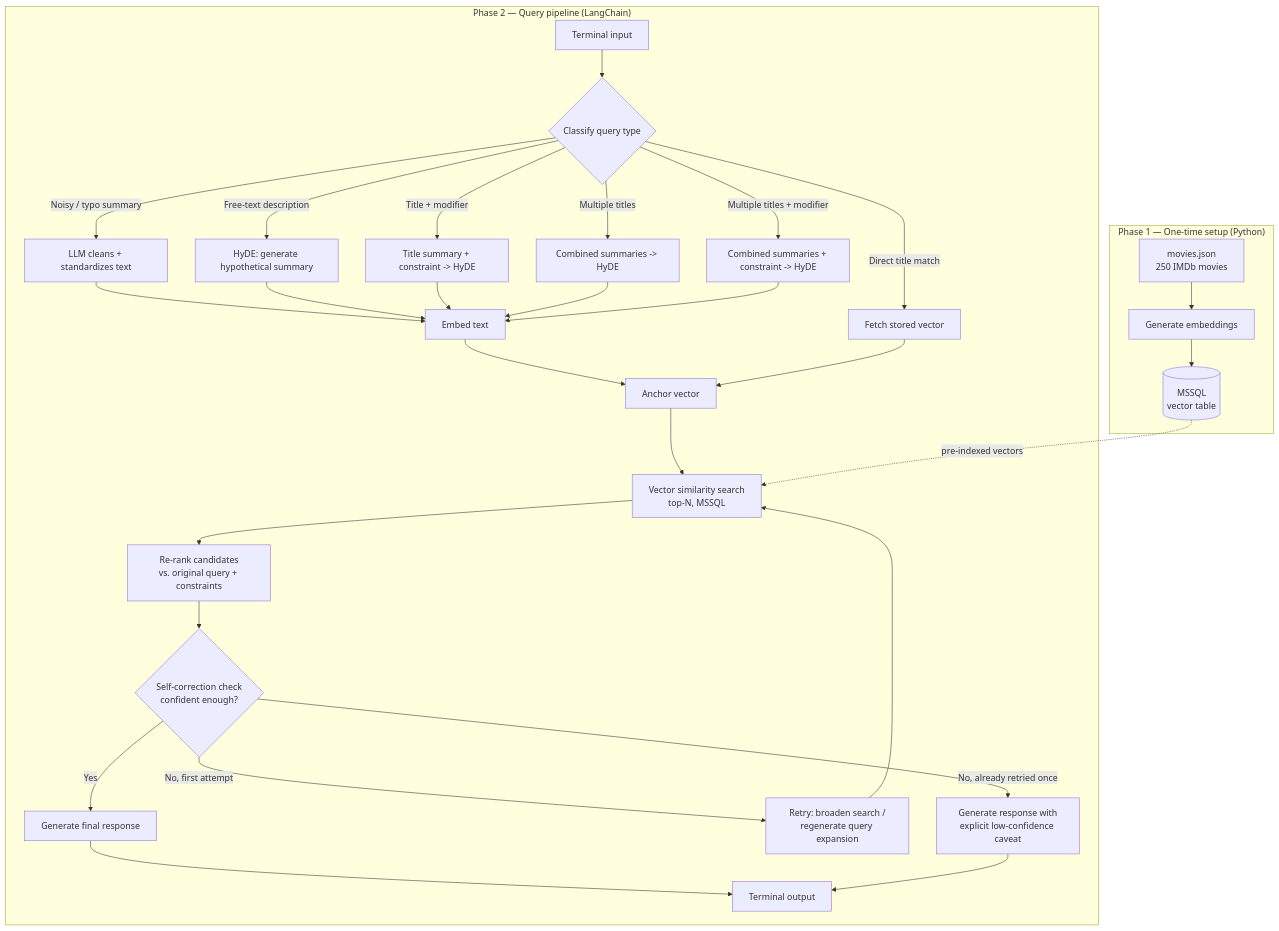
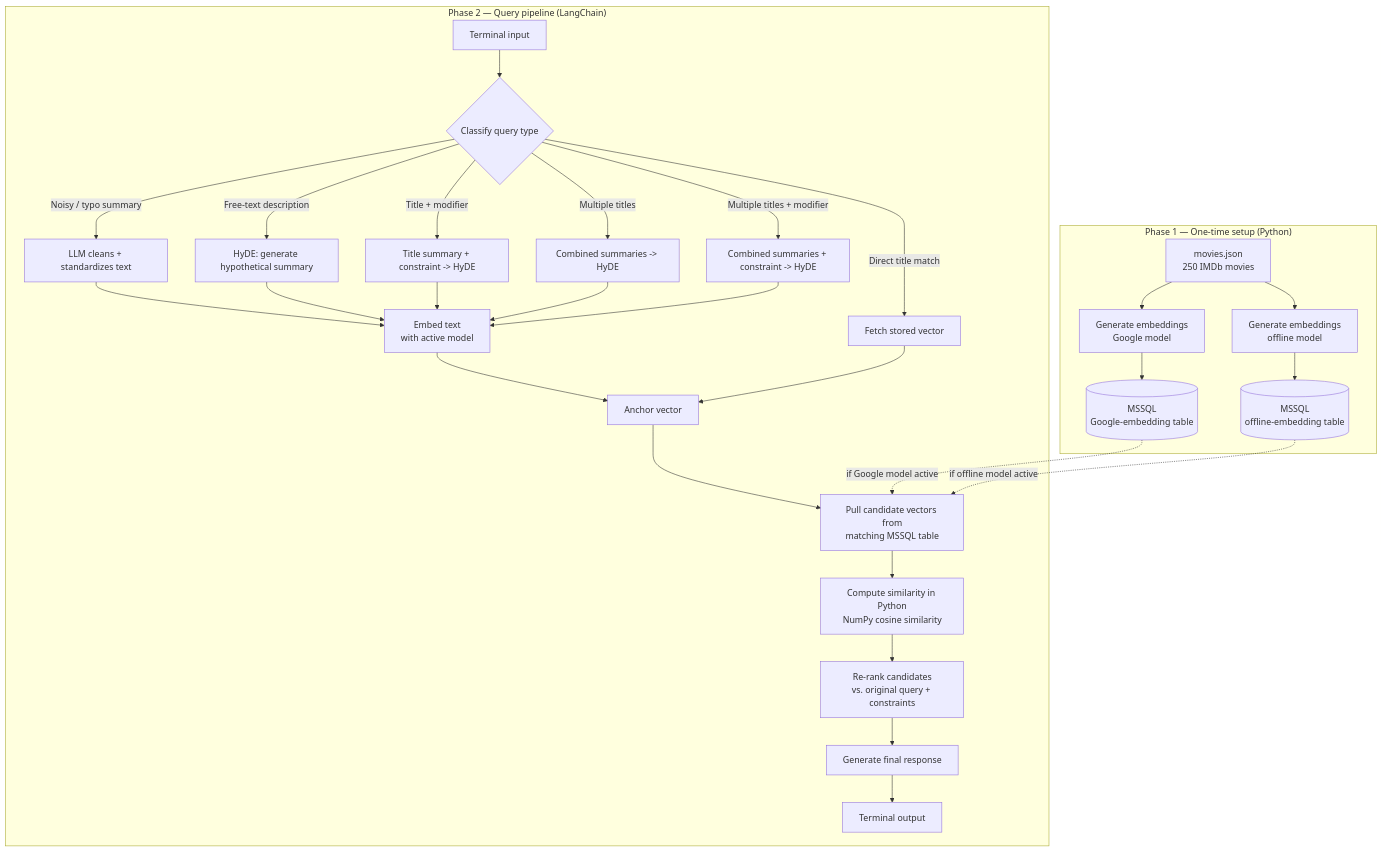
The diagram in README.md (MohamadRezaRS/askcael-demo), drawn with Mermaid before and after one commit. The commit also changed other lines of this file, not shown here.

````diff
--- a/README.md
+++ b/README.md
@@ -11,37 +15,36 @@
 ```mermaid
 flowchart TD
     subgraph Setup["Phase 1 — One-time setup (Python)"]
-        A[movies.json<br/>250 IMDb movies] --> B[Generate embeddings]
-        B --> C[(MSSQL<br/>vector table)]
+        A[movies.json<br/>250 IMDb movies] --> B1[Generate embeddings<br/>Google model]
+        A --> B2[Generate embeddings<br/>offline model]
+        B1 --> C1[(MSSQL<br/>Google-embedding table)]
+        B2 --> C2[(MSSQL<br/>offline-embedding table)]
     end
 
     subgraph Runtime["Phase 2 — Query pipeline (LangChain)"]
         D[Terminal input] --> E{Classify query type}
         E -->|Noisy / typo summary| F[LLM cleans + standardizes text]
         E -->|Free-text description| G[HyDE: generate hypothetical summary]
         E -->|Direct title match| H[Fetch stored vector]
         E -->|Title + modifier| I[Title summary + constraint -> HyDE]
         E -->|Multiple titles| J[Combined summaries -> HyDE]
         E -->|Multiple titles + modifier| K[Combined summaries + constraint -> HyDE]
 
-        F --> L[Embed text]
+        F --> L[Embed text<br/>with active model]
         G --> L
         I --> L
         J --> L
         K --> L
         L --> M[Anchor vector]
         H --> M
 
-        M --> N[Vector similarity search<br/>top-N, MSSQL]
-        N --> O[Re-rank candidates<br/>vs. original query + constraints]
-        O --> P{Self-correction check<br/>confident enough?}
-        P -->|Yes| Q[Generate final response]
-        P -->|No, first attempt| S[Retry: broaden search /<br/>regenerate query expansion]
-        S --> N
-        P -->|No, already retried once| Q2[Generate response with<br/>explicit low-confidence caveat]
+        M --> N[Pull candidate vectors from<br/>matching MSSQL table]
+        N --> N2[Compute similarity in Python<br/>NumPy cosine similarity]
+        N2 --> O[Re-rank candidates<br/>vs. original query + constraints]
+        O --> Q[Generate final response]
         Q --> R[Terminal output]
-        Q2 --> R
     end
 
-    C -.pre-indexed vectors.-> N
+    C1 -.if Google model active.-> N
+    C2 -.if offline model active.-> N
 ```
````
